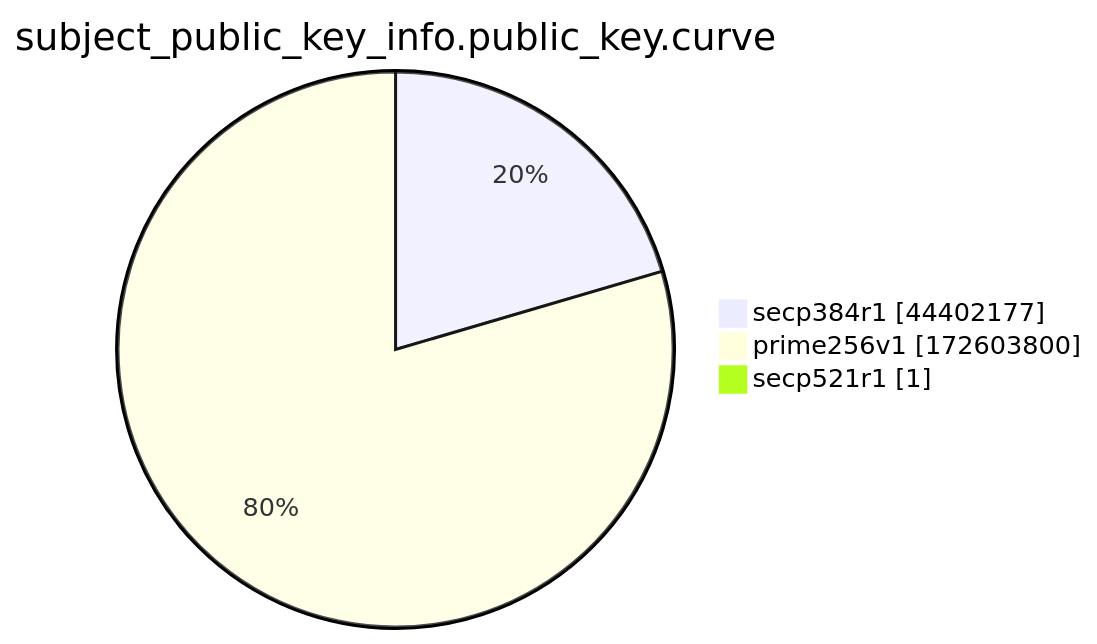
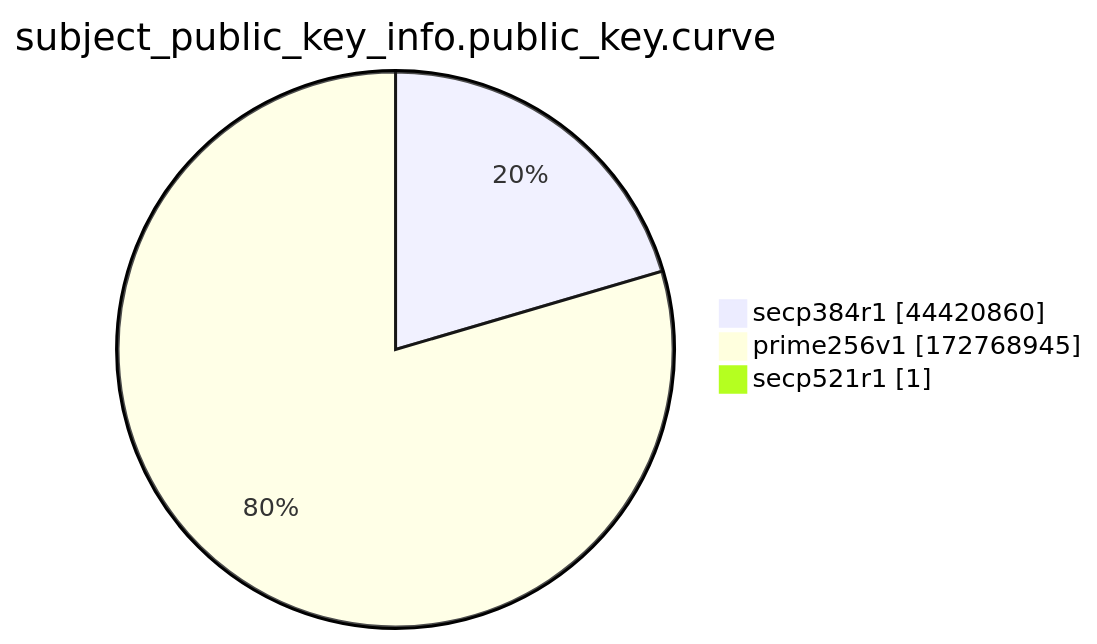
The ninth of 15 diagrams in xenon2022/README.md (christiankrug/ctmonitor_visualization), drawn with Mermaid before and after one commit. The commit also changed other lines of this file, not shown here.

````diff
--- a/xenon2022/README.md
+++ b/xenon2022/README.md
@@ -2871,7 +2871,7 @@
 ```mermaid
 pie showData
 title subject_public_key_info.public_key.curve
-"secp384r1" :44402177
-"prime256v1" :172603800
+"secp384r1" :44420860
+"prime256v1" :172768945
 "secp521r1" :1
 ```
````
